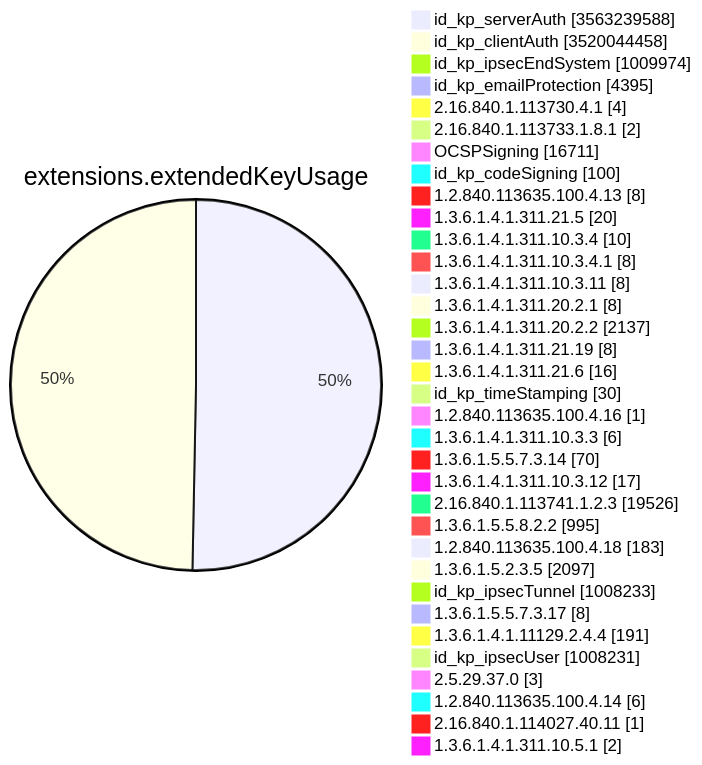
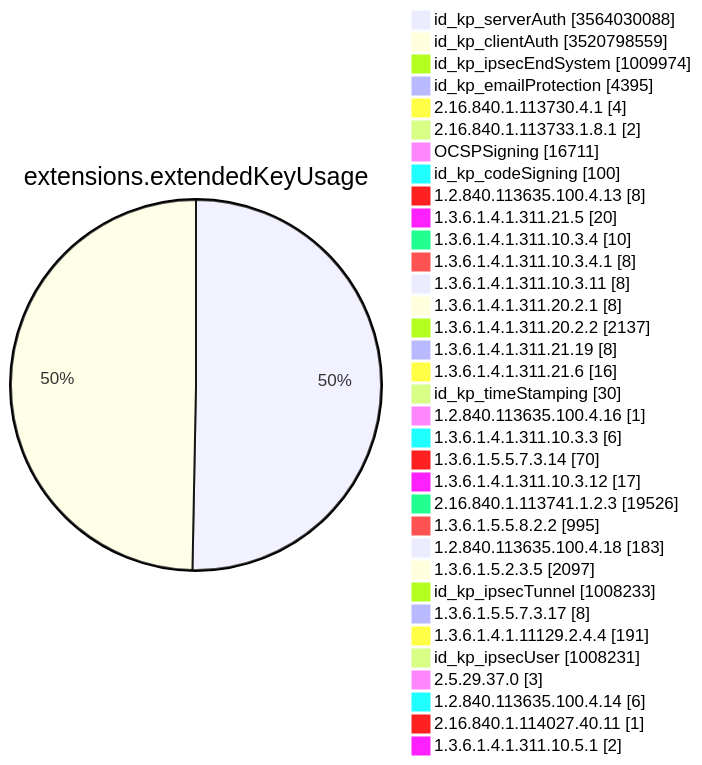
Diagram 11 of 15 in TOTAL/README.md (christiankrug/ctmonitor_visualization), drawn with Mermaid before and after one commit. The commit also changed other lines of this file, not shown here.

````diff
--- a/TOTAL/README.md
+++ b/TOTAL/README.md
@@ -4128,38 +4128,38 @@
 ```mermaid
 pie showData
 title extensions.extendedKeyUsage
-"id_kp_serverAuth" :3563239588
-"id_kp_clientAuth" :3520044458
+"id_kp_serverAuth" :3564030088
+"id_kp_clientAuth" :3520798559
 "id_kp_ipsecEndSystem" :1009974
 "id_kp_emailProtection" :4395
 "2.16.840.1.113730.4.1" :4
 "2.16.840.1.113733.1.8.1" :2
 "OCSPSigning" :16711
 "id_kp_codeSigning" :100
 "1.2.840.113635.100.4.13" :8
 "1.3.6.1.4.1.311.21.5" :20
 "1.3.6.1.4.1.311.10.3.4" :10
 "1.3.6.1.4.1.311.10.3.4.1" :8
 "1.3.6.1.4.1.311.10.3.11" :8
 "1.3.6.1.4.1.311.20.2.1" :8
 "1.3.6.1.4.1.311.20.2.2" :2137
 "1.3.6.1.4.1.311.21.19" :8
 "1.3.6.1.4.1.311.21.6" :16
 "id_kp_timeStamping" :30
 "1.2.840.113635.100.4.16" :1
 "1.3.6.1.4.1.311.10.3.3" :6
 "1.3.6.1.5.5.7.3.14" :70
 "1.3.6.1.4.1.311.10.3.12" :17
 "2.16.840.1.113741.1.2.3" :19526
 "1.3.6.1.5.5.8.2.2" :995
 "1.2.840.113635.100.4.18" :183
 "1.3.6.1.5.2.3.5" :2097
 "id_kp_ipsecTunnel" :1008233
 "1.3.6.1.5.5.7.3.17" :8
 "1.3.6.1.4.1.11129.2.4.4" :191
 "id_kp_ipsecUser" :1008231
 "2.5.29.37.0" :3
 "1.2.840.113635.100.4.14" :6
 "2.16.840.1.114027.40.11" :1
 "1.3.6.1.4.1.311.10.5.1" :2
 ```
````
